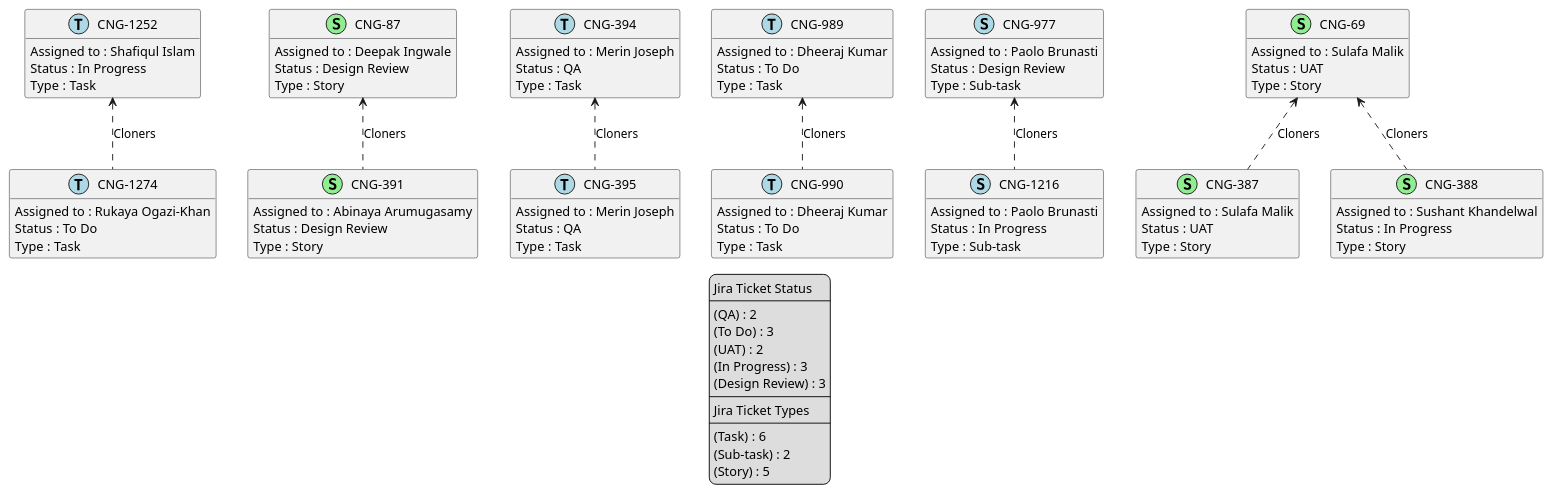
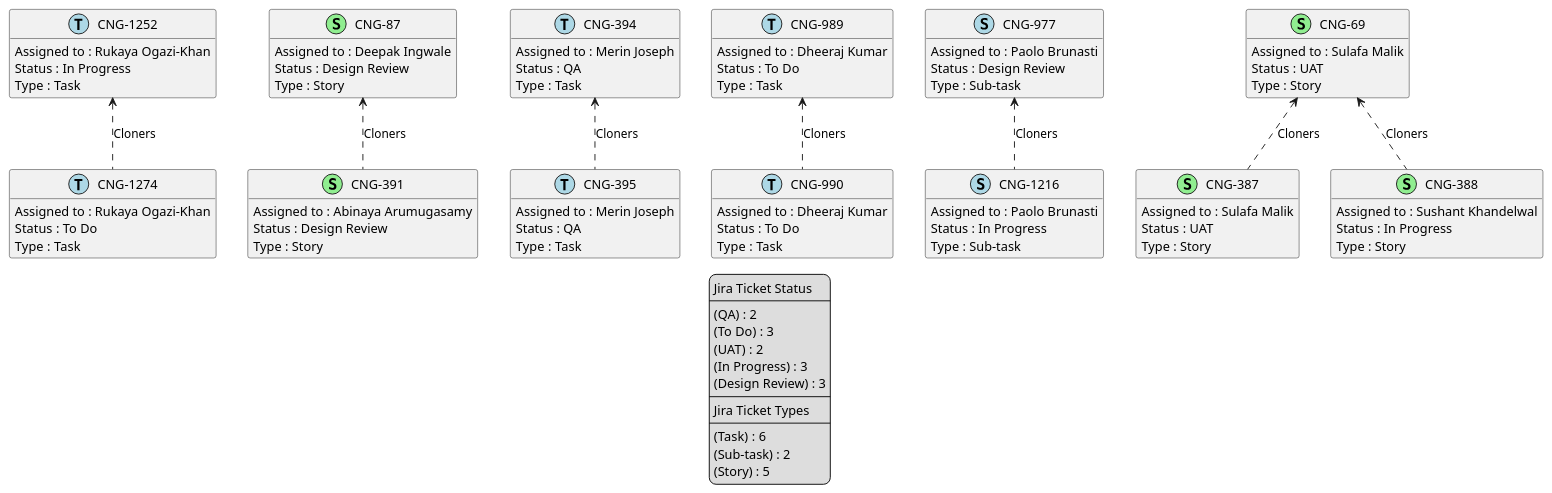
The diagram in temp/jiraCloners.puml (brunasti/jiraplotter), drawn with PlantUML before and after one commit. The commit also changed 60 other files, not shown here.

```diff
--- a/temp/jiraCloners.puml
+++ b/temp/jiraCloners.puml
@@ -1,117 +1,117 @@
 @startuml
 'https://plantuml.com/class-diagram
 
 ' GENERATE CLASS DIAGRAM ===========
-' Generated at    : Fri Apr 12 19:54:48 CEST 2024
+' Generated at    : Mon Apr 15 11:44:38 CEST 2024
 
 hide empty members
 
 legend
 Jira Ticket Status
 ----
 (QA) : 2
 (To Do) : 3
 (UAT) : 2
 (In Progress) : 3
 (Design Review) : 3
 ----
 Jira Ticket Types
 ----
 (Task) : 6
 (Sub-task) : 2
 (Story) : 5
 end legend
 
 
 ' Tickets =======
 class "CNG-1252" << (T,lightblue) >> {
-  Assigned to : Shafiqul Islam
+  Assigned to : Rukaya Ogazi-Khan
   Status : In Progress
   Type : Task
 }
 
 class "CNG-1274" << (T,lightblue) >> {
   Assigned to : Rukaya Ogazi-Khan
   Status : To Do
   Type : Task
 }
 
 class "CNG-391" << (S,lightgreen) >> {
   Assigned to : Abinaya Arumugasamy
   Status : Design Review
   Type : Story
 }
 
 class "CNG-394" << (T,lightblue) >> {
   Assigned to : Merin Joseph
   Status : QA
   Type : Task
 }
 
 class "CNG-990" << (T,lightblue) >> {
   Assigned to : Dheeraj Kumar
   Status : To Do
   Type : Task
 }
 
 class "CNG-395" << (T,lightblue) >> {
   Assigned to : Merin Joseph
   Status : QA
   Type : Task
 }
 
 class "CNG-87" << (S,lightgreen) >> {
   Assigned to : Deepak Ingwale
   Status : Design Review
   Type : Story
 }
 
 class "CNG-989" << (T,lightblue) >> {
   Assigned to : Dheeraj Kumar
   Status : To Do
   Type : Task
 }
 
 class "CNG-977" << (S,lightblue) >> {
   Assigned to : Paolo Brunasti
   Status : Design Review
   Type : Sub-task
 }
 
 class "CNG-69" << (S,lightgreen) >> {
   Assigned to : Sulafa Malik
   Status : UAT
   Type : Story
 }
 
 class "CNG-387" << (S,lightgreen) >> {
   Assigned to : Sulafa Malik
   Status : UAT
   Type : Story
 }
 
 class "CNG-1216" << (S,lightblue) >> {
   Assigned to : Paolo Brunasti
   Status : In Progress
   Type : Sub-task
 }
 
 class "CNG-388" << (S,lightgreen) >> {
   Assigned to : Sushant Khandelwal
   Status : In Progress
   Type : Story
 }
 
 
 
 ' Links =======
 "CNG-87" <.. "CNG-391" : Cloners
 "CNG-69" <.. "CNG-388" : Cloners
 "CNG-69" <.. "CNG-387" : Cloners
 "CNG-1252" <.. "CNG-1274" : Cloners
 "CNG-394" <.. "CNG-395" : Cloners
 "CNG-977" <.. "CNG-1216" : Cloners
 "CNG-989" <.. "CNG-990" : Cloners
 
 
 @enduml
```
